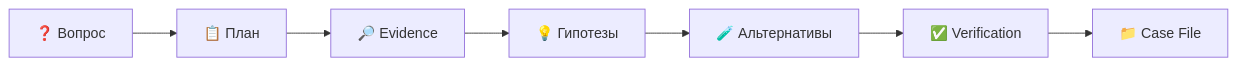
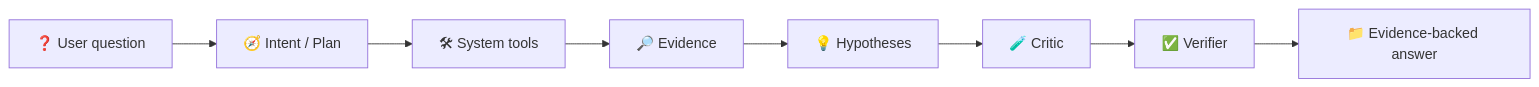
One commit to fireaideveloper/SherlockPC changed the first of 3 diagrams in README.md. Above: the diagram before and after it, drawn with Mermaid. The commit also changed other lines of this file, not shown here.

````diff
--- a/README.md
+++ b/README.md
@@ -38,9 +48,10 @@
 ```mermaid
 flowchart LR
-    Q["❓ Вопрос"] --> P["📋 План"]
-    P --> E["🔎 Evidence"]
-    E --> H["💡 Гипотезы"]
-    H --> T["🧪 Альтернативы"]
-    T --> V["✅ Verification"]
-    V --> C["📁 Case File"]
+    Q["❓ User question"] --> R["🧭 Intent / Plan"]
+    R --> T["🛠 System tools"]
+    T --> E["🔎 Evidence"]
+    E --> H["💡 Hypotheses"]
+    H --> C["🧪 Critic"]
+    C --> V["✅ Verifier"]
+    V --> A["📁 Evidence-backed answer"]
 ```
````
